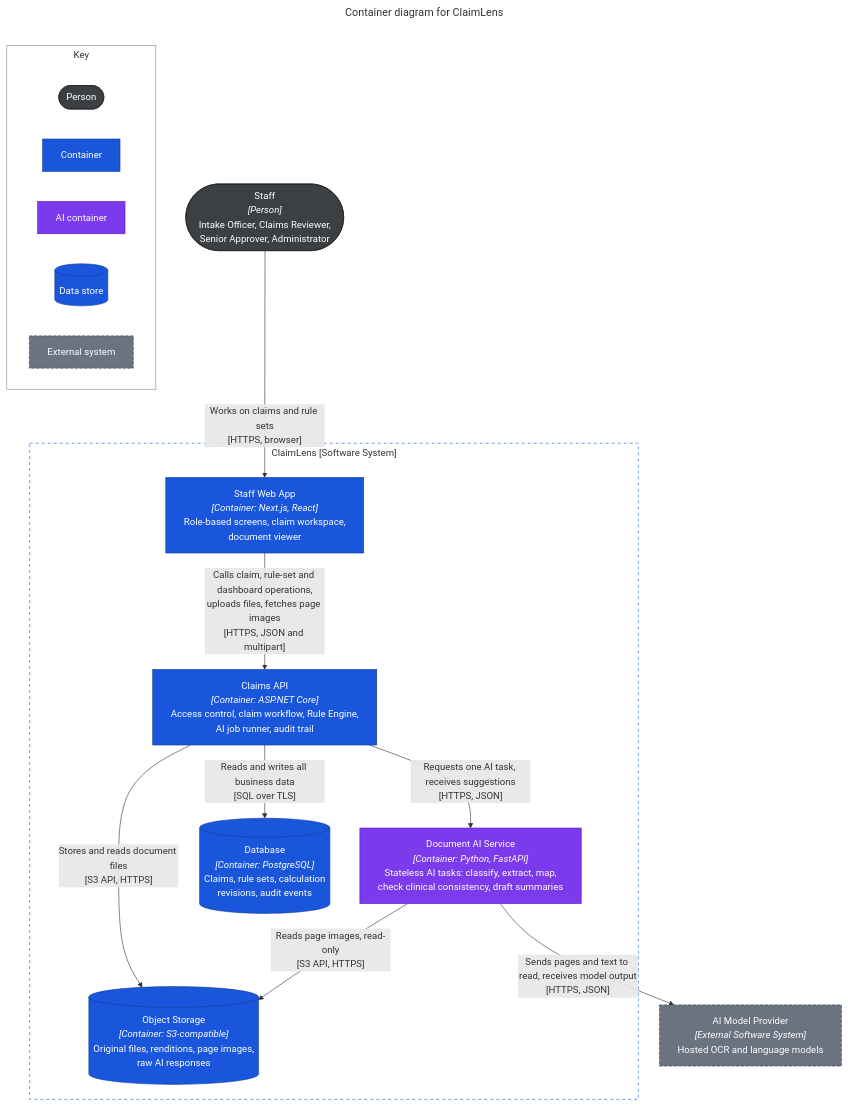
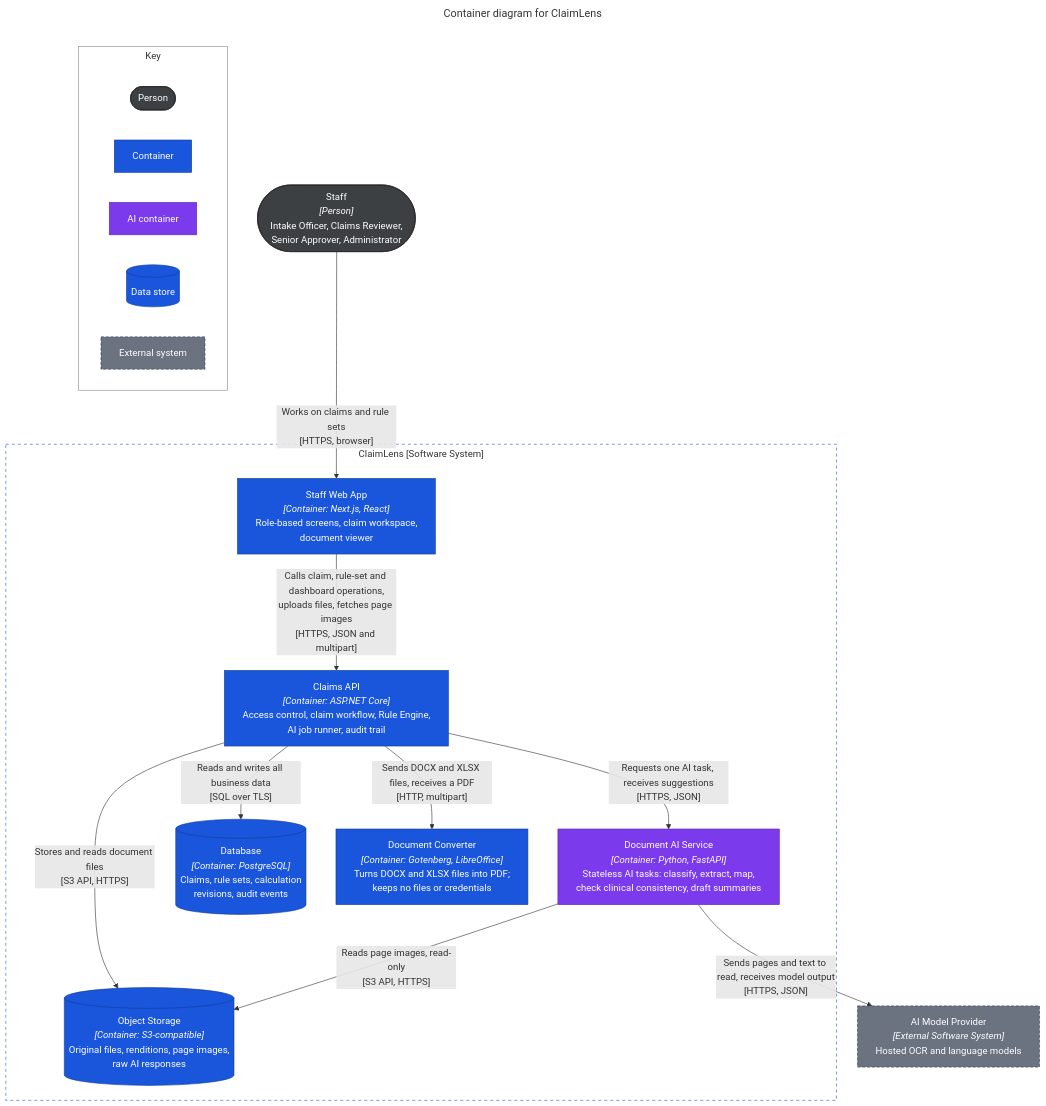
The diagram in docs/architecture/c4/02-container.md (cuonglpv/PMDC-AITHUCCHIEN), drawn with Mermaid before and after one commit. The commit also changed other lines of this file and 11 other files, not shown here.

````diff
--- a/docs/architecture/c4/02-container.md
+++ b/docs/architecture/c4/02-container.md
@@ -7,51 +7,53 @@
 ```mermaid
 ---
 title: Container diagram for ClaimLens
 config:
   flowchart:
     wrappingWidth: 320
     subGraphTitleMargin:
       top: 4
       bottom: 28
 ---
 flowchart TB
     staff(["Staff<br/><i>[Person]</i><br/>Intake Officer, Claims Reviewer,<br/>Senior Approver, Administrator"])
 
     subgraph claimlens["ClaimLens [Software System]"]
         web["Staff Web App<br/><i>[Container: Next.js, React]</i><br/>Role-based screens, claim workspace,<br/>document viewer"]
         api["Claims API<br/><i>[Container: ASP.NET Core]</i><br/>Access control, claim workflow, Rule Engine,<br/>AI job runner, audit trail"]
         ai["Document AI Service<br/><i>[Container: Python, FastAPI]</i><br/>Stateless AI tasks: classify, extract, map,<br/>check clinical consistency, draft summaries"]
         db[("Database<br/><i>[Container: PostgreSQL]</i><br/>Claims, rule sets, calculation<br/>revisions, audit events")]
         storage[("Object Storage<br/><i>[Container: S3-compatible]</i><br/>Original files, renditions, page images,<br/>raw AI responses")]
+        converter["Document Converter<br/><i>[Container: Gotenberg, LibreOffice]</i><br/>Turns DOCX and XLSX files into PDF;<br/>keeps no files or credentials"]
     end
 
     provider["AI Model Provider<br/><i>[External Software System]</i><br/>Hosted OCR and language models"]
 
     staff -- "Works on claims and rule sets<br/>[HTTPS, browser]" --> web
     web -- "Calls claim, rule-set and dashboard operations,<br/>uploads files, fetches page images<br/>[HTTPS, JSON and multipart]" --> api
     api -- "Reads and writes all business data<br/>[SQL over TLS]" --> db
     api -- "Stores and reads document files<br/>[S3 API, HTTPS]" --> storage
+    api -- "Sends DOCX and XLSX files, receives a PDF<br/>[HTTP, multipart]" --> converter
     api -- "Requests one AI task, receives suggestions<br/>[HTTPS, JSON]" --> ai
     ai -- "Reads page images, read-only<br/>[S3 API, HTTPS]" --> storage
     ai -- "Sends pages and text to read, receives model output<br/>[HTTPS, JSON]" --> provider
 
     subgraph key["Key"]
         direction LR
         keyPerson(["Person"])
         keyContainer["Container"]
         keyAi["AI container"]
         keyStore[("Data store")]
         keyExternal["External system"]
     end
 
     classDef person fill:#3c4043,color:#fff,stroke:#202124
     classDef container fill:#1a56db,color:#fff,stroke:#123c99
     classDef aiBox fill:#7c3aed,color:#fff,stroke:#5b21b6
     classDef external fill:#6b7280,color:#fff,stroke:#374151,stroke-dasharray:5 3
     class staff,keyPerson person
-    class web,api,db,storage,keyContainer,keyStore container
+    class web,api,db,storage,converter,keyContainer,keyStore container
     class ai,keyAi aiBox
     class provider,keyExternal external
     style claimlens fill:transparent,stroke:#1a56db,stroke-dasharray:5 5
     style key fill:transparent,stroke:#888
 ```
````
